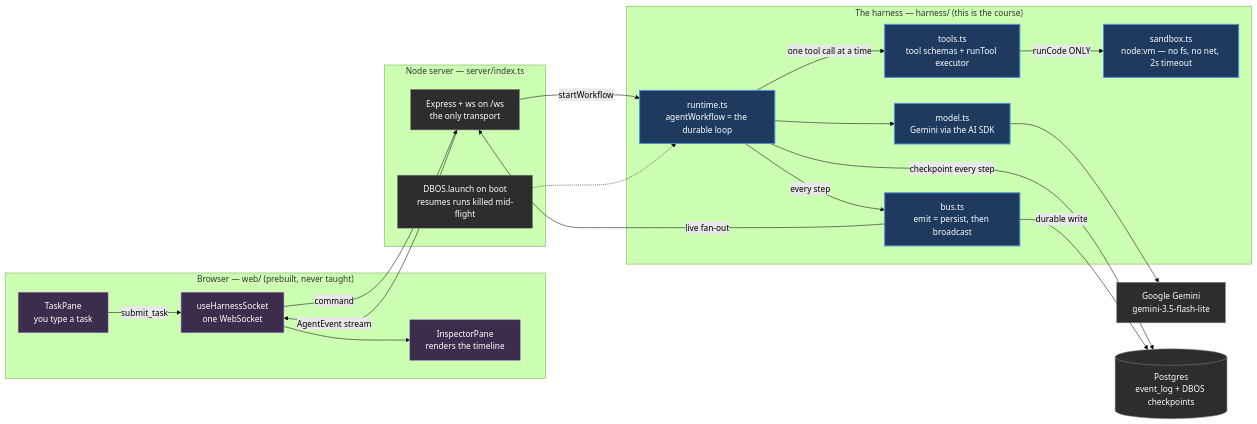
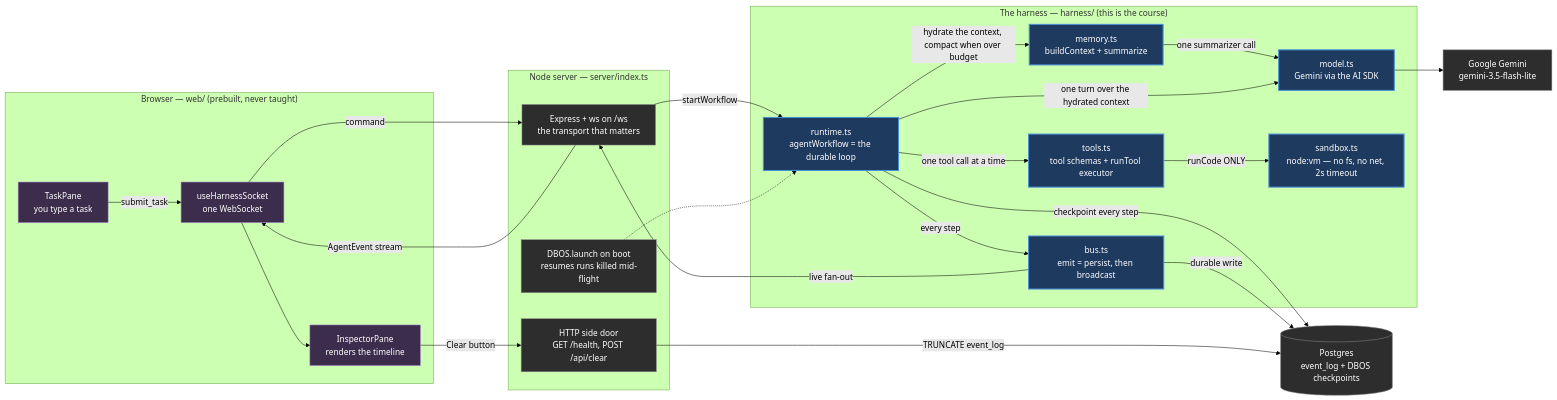
The first of 6 diagrams in ARCHITECTURE.md (ATakaSKY/harness-learning), drawn with Mermaid (forest theme) before and after one commit. The commit also changed other lines of this file and 5 other files, not shown here.

First line of the commit message:
memory: bounded context via compaction and hydration

````diff
--- a/ARCHITECTURE.md
+++ b/ARCHITECTURE.md
@@ -14,46 +14,53 @@
 ```mermaid
 flowchart LR
     subgraph BROWSER["Browser — web/ (prebuilt, never taught)"]
         TASK["TaskPane<br/>you type a task"]
         SOCK["useHarnessSocket<br/>one WebSocket"]
         INSP["InspectorPane<br/>renders the timeline"]
     end
 
     subgraph SERVER["Node server — server/index.ts"]
-        WS["Express + ws on /ws<br/>the only transport"]
+        WS["Express + ws on /ws<br/>the transport that matters"]
+        HTTP["HTTP side door<br/>GET /health, POST /api/clear"]
         BOOT["DBOS.launch on boot<br/>resumes runs killed mid-flight"]
     end
 
     subgraph HARNESS["The harness — harness/ (this is the course)"]
         RUNTIME["runtime.ts<br/>agentWorkflow = the durable loop"]
+        MEMORY["memory.ts<br/>buildContext + summarize"]
         MODEL["model.ts<br/>Gemini via the AI SDK"]
         TOOLS["tools.ts<br/>tool schemas + runTool executor"]
         SANDBOX["sandbox.ts<br/>node:vm — no fs, no net, 2s timeout"]
         BUS["bus.ts<br/>emit = persist, then broadcast"]
     end
 
     GEMINI["Google Gemini<br/>gemini-3.5-flash-lite"]
     PG[("Postgres<br/>event_log + DBOS checkpoints")]
 
     TASK -- "submit_task" --> SOCK
     SOCK -- "command" --> WS
     WS -- "startWorkflow" --> RUNTIME
     WS -- "AgentEvent stream" --> SOCK
     SOCK --> INSP
+    INSP -- "Clear button" --> HTTP
+    HTTP -- "TRUNCATE event_log" --> PG
 
-    RUNTIME --> MODEL --> GEMINI
+    RUNTIME -- "hydrate the context, compact when over budget" --> MEMORY
+    MEMORY -- "one summarizer call" --> MODEL
+    RUNTIME -- "one turn over the hydrated context" --> MODEL
+    MODEL --> GEMINI
     RUNTIME -- "one tool call at a time" --> TOOLS
     TOOLS -- "runCode ONLY" --> SANDBOX
     RUNTIME -- "every step" --> BUS
     RUNTIME -- "checkpoint every step" --> PG
     BUS -- "durable write" --> PG
     BUS -- "live fan-out" --> WS
     BOOT -.-> RUNTIME
 
     classDef harness fill:#1e3a5f,stroke:#4a90d9,stroke-width:2px,color:#fff
     classDef infra fill:#2d2d2d,stroke:#888,color:#fff
     classDef ui fill:#3d2d4d,stroke:#a678c9,color:#fff
-    class RUNTIME,MODEL,TOOLS,SANDBOX,BUS harness
-    class GEMINI,PG,WS,BOOT infra
+    class RUNTIME,MEMORY,MODEL,TOOLS,SANDBOX,BUS harness
+    class GEMINI,PG,WS,HTTP,BOOT infra
     class TASK,SOCK,INSP ui
 ```
````
